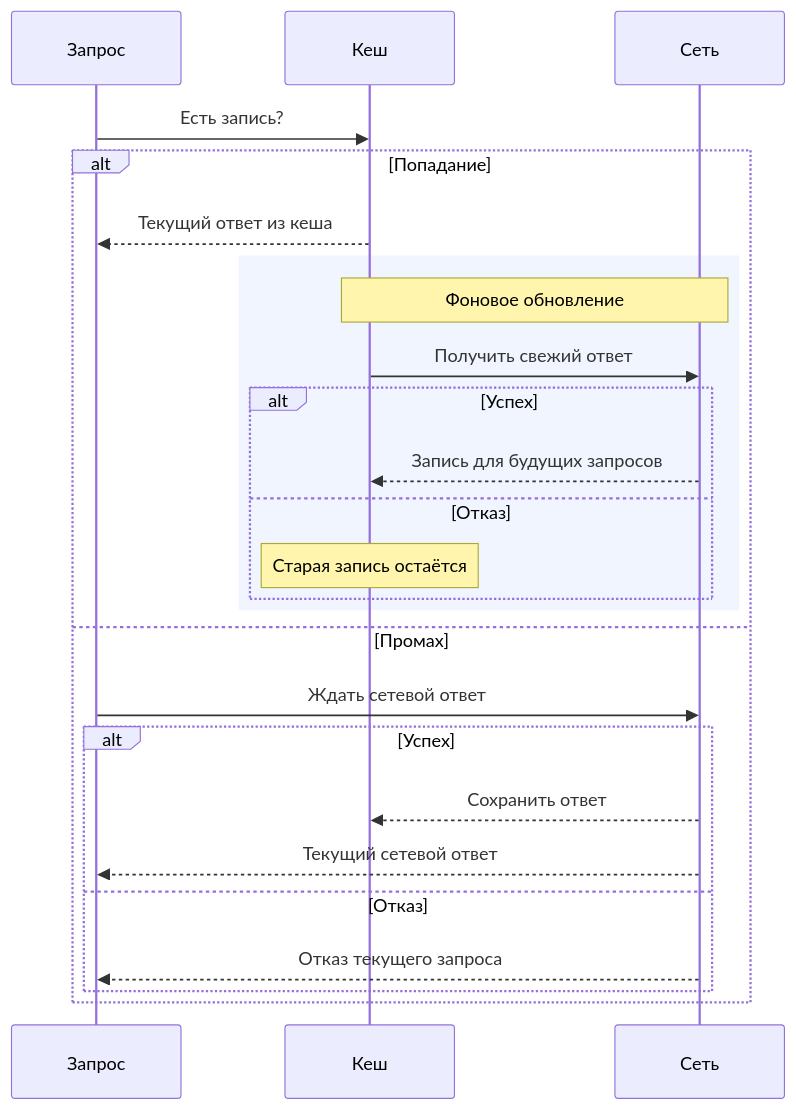
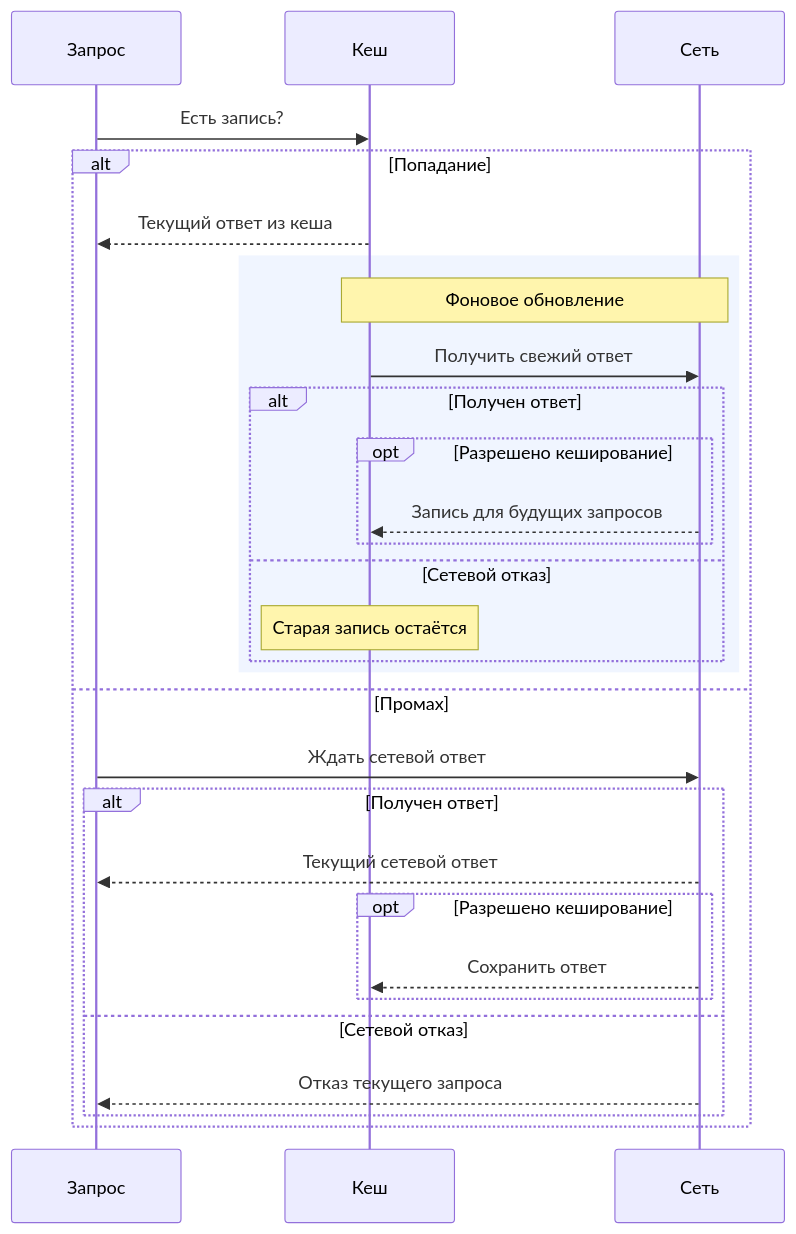
Before and after one commit to Cringe-Driven-Development-Team/docs: the ninth of 10 diagrams in site/modules/2/tracks/offline/theory.md, drawn with Mermaid. The commit also changed other lines of this file and 1 other file, not shown here.

Commit message:
docs(offline): отделить сетевой ответ от разрешения кешировать

````diff
--- a/site/modules/2/tracks/offline/theory.md
+++ b/site/modules/2/tracks/offline/theory.md
@@ -153,27 +162,31 @@
 ```mermaid
 sequenceDiagram
   participant Q as Запрос
   participant C as Кеш
   participant N as Сеть
   Q->>C: Есть запись?
   alt Попадание
     C-->>Q: Текущий ответ из кеша
     rect rgb(240, 245, 255)
       Note over C,N: Фоновое обновление
       C->>N: Получить свежий ответ
-      alt Успех
-        N-->>C: Запись для будущих запросов
-      else Отказ
+      alt Получен ответ
+        opt Разрешено кеширование
+          N-->>C: Запись для будущих запросов
+        end
+      else Сетевой отказ
         Note over C: Старая запись остаётся
       end
     end
   else Промах
     Q->>N: Ждать сетевой ответ
-    alt Успех
-      N-->>C: Сохранить ответ
+    alt Получен ответ
       N-->>Q: Текущий сетевой ответ
-    else Отказ
+      opt Разрешено кеширование
+        N-->>C: Сохранить ответ
+      end
+    else Сетевой отказ
       N-->>Q: Отказ текущего запроса
     end
   end
 ```
````
